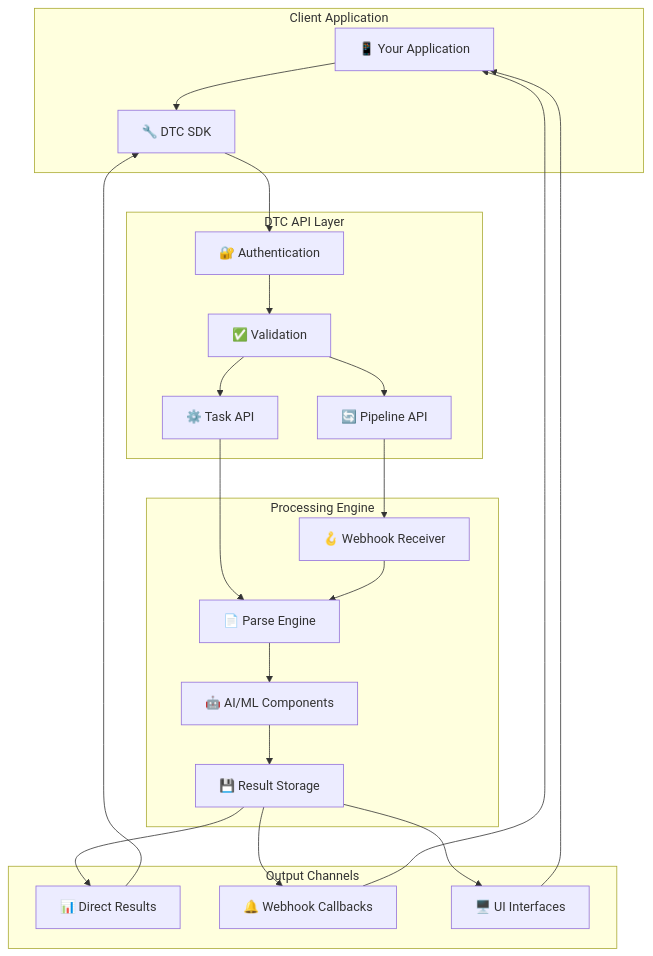
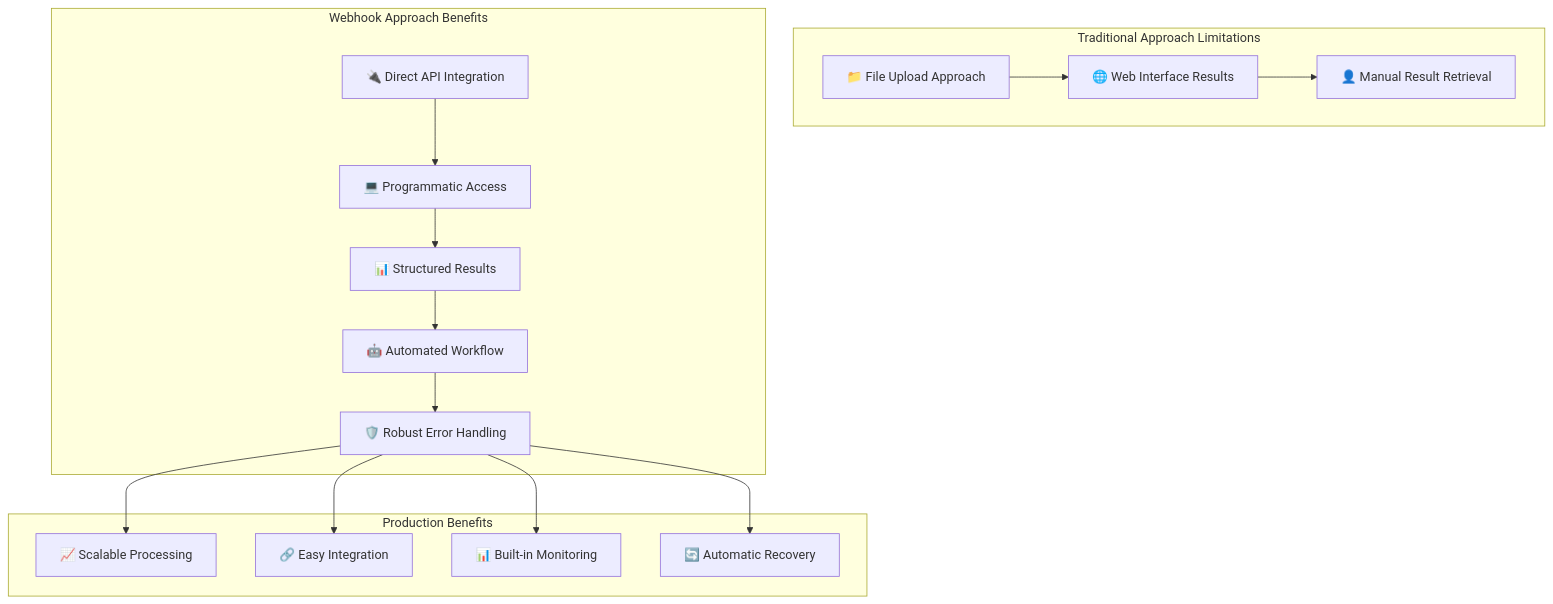
Diagram 11 of 11 in docs/ARCHITECTURE.md (AparaviSoftware/dtc-api-sdk), drawn with Mermaid before and after one commit. The commit also changed other lines of this file and 45 other files, not shown here.

````diff
--- a/docs/ARCHITECTURE.md
+++ b/docs/ARCHITECTURE.md
@@ -274,48 +547,36 @@
 ```mermaid
-graph TD
-    subgraph "Client Application"
-        App[📱 Your Application]
-        SDK[🔧 DTC SDK]
+graph TB
+    subgraph "Traditional Approach Limitations"
+        FileUpload[📁 File Upload Approach]
+        WebInterface[🌐 Web Interface Results]
+        ManualRetrieval[👤 Manual Result Retrieval]
+        
+        FileUpload --> WebInterface
+        WebInterface --> ManualRetrieval
     end
     
-    subgraph "DTC API Layer"
-        Auth[🔐 Authentication]
-        Validation[✅ Validation]
-        PipelineAPI[🔄 Pipeline API]
-        TaskAPI[⚙️ Task API]
+    subgraph "Webhook Approach Benefits"
+        DirectAPI[🔌 Direct API Integration]
+        ProgrammaticAccess[💻 Programmatic Access]
+        StructuredResults[📊 Structured Results]
+        AutomatedWorkflow[🤖 Automated Workflow]
+        RobustErrorHandling[🛡️ Robust Error Handling]
+        
+        DirectAPI --> ProgrammaticAccess
+        ProgrammaticAccess --> StructuredResults
+        StructuredResults --> AutomatedWorkflow
+        AutomatedWorkflow --> RobustErrorHandling
     end
     
-    subgraph "Processing Engine"
-        Webhook[🪝 Webhook Receiver]
-        Parser[📄 Parse Engine]
-        AI[🤖 AI/ML Components]
-        Storage[💾 Result Storage]
+    subgraph "Production Benefits"
+        Scalability[📈 Scalable Processing]
+        Integration[🔗 Easy Integration]
+        Monitoring[📊 Built-in Monitoring]
+        ErrorRecovery[🔄 Automatic Recovery]
+        
+        RobustErrorHandling --> Scalability
+        RobustErrorHandling --> Integration
+        RobustErrorHandling --> Monitoring
+        RobustErrorHandling --> ErrorRecovery
     end
-    
-    subgraph "Output Channels"
-        DirectResult[📊 Direct Results]
-        WebhookCallback[🔔 Webhook Callbacks]
-        UIInterfaces[🖥️ UI Interfaces]
-    end
-    
-    App --> SDK
-    SDK --> Auth
-    Auth --> Validation
-    Validation --> PipelineAPI
-    Validation --> TaskAPI
-    
-    PipelineAPI --> Webhook
-    TaskAPI --> Parser
-    
-    Webhook --> Parser
-    Parser --> AI
-    AI --> Storage
-    
-    Storage --> DirectResult
-    Storage --> WebhookCallback
-    Storage --> UIInterfaces
-    
-    DirectResult --> SDK
-    WebhookCallback --> App
-    UIInterfaces --> App
 ```
````
